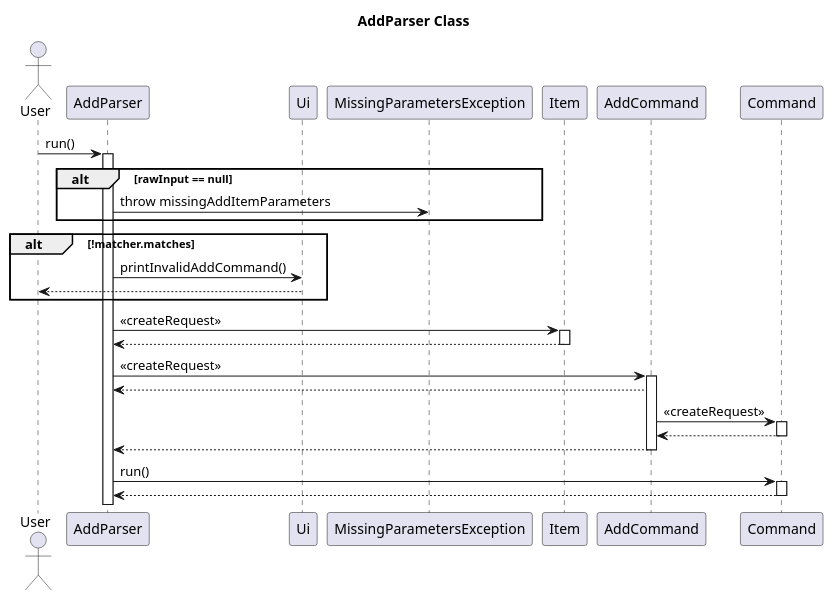
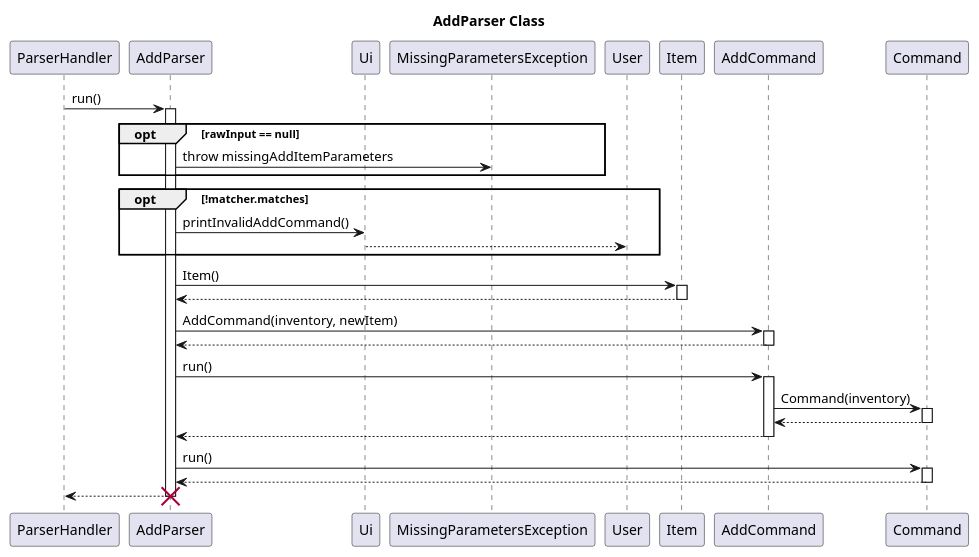
One commit to nus-cs2113-AY2223S2/tp changed the diagram in docs/UML/Add/AddParser.puml. Above: the diagram before and after it, drawn with PlantUML. The commit also changed 10 other files, not shown here.

Commit message:
docs: Sequence diagram for addparser, addcommand and high level sequence diagram

```diff
--- a/docs/UML/Add/AddParser.puml
+++ b/docs/UML/Add/AddParser.puml
@@ -2,41 +2,47 @@
 @startuml
 title AddParser Class
 
-actor User
+participant ParserHandler
 participant AddParser
-User -> AddParser: run()
+ParserHandler -> AddParser: run()
 
 activate AddParser
 participant Ui
-alt rawInput == null
+opt rawInput == null
 AddParser -> MissingParametersException:throw missingAddItemParameters
     
 end
 
-alt !matcher.matches
+opt !matcher.matches
 AddParser -> Ui:printInvalidAddCommand()
 Ui --> User:
 end
-AddParser -> Item: << createRequest >>
+AddParser -> Item: Item()
 activate Item
 Item -->AddParser:
 deactivate Item
 
-AddParser -> AddCommand: << createRequest >>
+AddParser -> AddCommand: AddCommand(inventory, newItem)
 activate AddCommand
 AddCommand -->AddParser:
+deactivate AddCommand
 
-AddCommand -> Command:<< createRequest >>
+AddParser -> AddCommand: run()
+activate AddCommand
+
+AddCommand -> Command:Command(inventory)
 activate Command
 Command -->AddCommand:
 deactivate Command
 
 AddCommand -->AddParser:
 deactivate AddCommand
 
 AddParser -> Command: run()
 activate Command
 Command -->AddParser:
 deactivate Command
 
+AddParser --> ParserHandler:
+destroy AddParser
 @enduml
```
